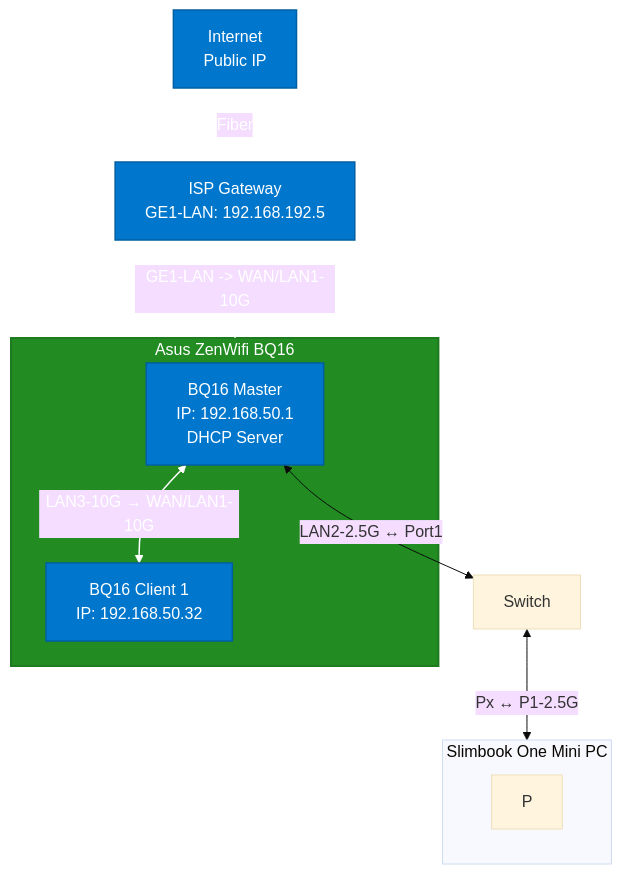
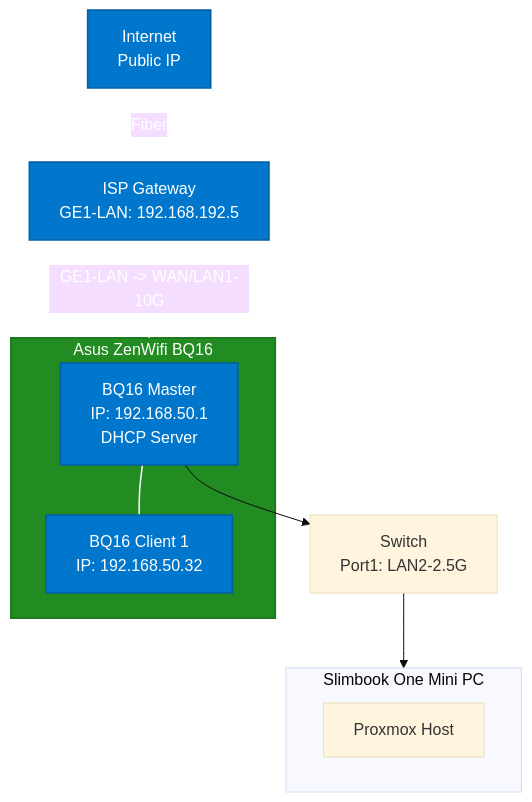
One commit to lukkeutgens/Homelab changed the diagram in Research/architecture.md. Above: the diagram before and after it, drawn with Mermaid (base theme).

````diff
--- a/Research/architecture.md
+++ b/Research/architecture.md
@@ -4,30 +4,31 @@
 ```mermaid
 flowchart TD
     A[Internet<br/>Public IP] <-->|Fiber| B[ISP Gateway<br/>GE1-LAN: 192.168.192.5]
     B <-->|GE1-LAN -> WAN/LAN1-10G| ZW[Asus ZenWifi BQ16]
 
     subgraph ZW [Asus ZenWifi BQ16]
         C[BQ16 Master<br/>IP: 192.168.50.1<br/>DHCP Server]
-        D[BQ16 Client 1<br/>IP: 192.168.50.32<br/>]
-        C <-->|LAN3-10G → WAN/LAN1-10G| D
+        D[BQ16 Client 1<br/>IP: 192.168.50.32]
+        C --- D
     end
 
-    C <-->|LAN2-2.5G ↔ Port1| S[Switch]
-    S <-->|Px ↔ P1-2.5G| SLIM[Mini PC: Slimbook One<br/>IP: 192.168.50.x<br/>OS: Proxmox]
+    %% Positioneer switch onder Master
+    C --> S[Switch<br/>Port1: LAN2-2.5G]
+    S --> SLIM[Mini PC: Slimbook One<br/>IP: 192.168.50.x<br/>OS: Proxmox]
 
     subgraph SLIM [Slimbook One Mini PC]
-        P
+        P[Proxmox Host]
         %% Hier komen later de VM's
     end
 
     %% Styling
     style A fill:#0077cc,color:#ffffff,stroke:#005fa3,stroke-width:1.5px
     style B fill:#0077cc,color:#ffffff,stroke:#005fa3,stroke-width:1.5px
     style C fill:#0077cc,color:#ffffff,stroke:#005fa3,stroke-width:1.5px
     style D fill:#0077cc,color:#ffffff,stroke:#005fa3,stroke-width:1.5px
     style ZW fill:#228b22,color:#ffffff,stroke:#1e7a1e,stroke-width:2px
 
     linkStyle 0 stroke:#ffffff,stroke-width:1.5px,color:#ffffff
     linkStyle 1 stroke:#ffffff,stroke-width:1.5px,color:#ffffff
     linkStyle 2 stroke:#ffffff,stroke-width:1.5px,color:#ffffff
 ```
````
